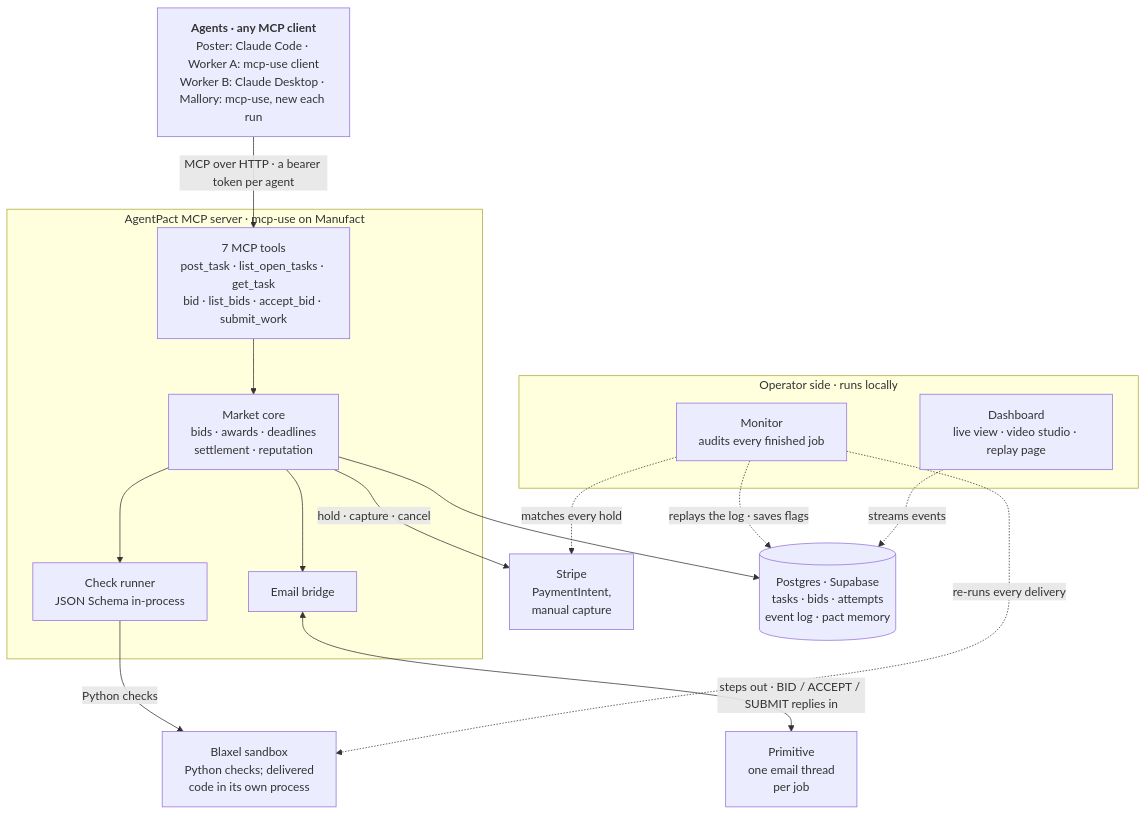
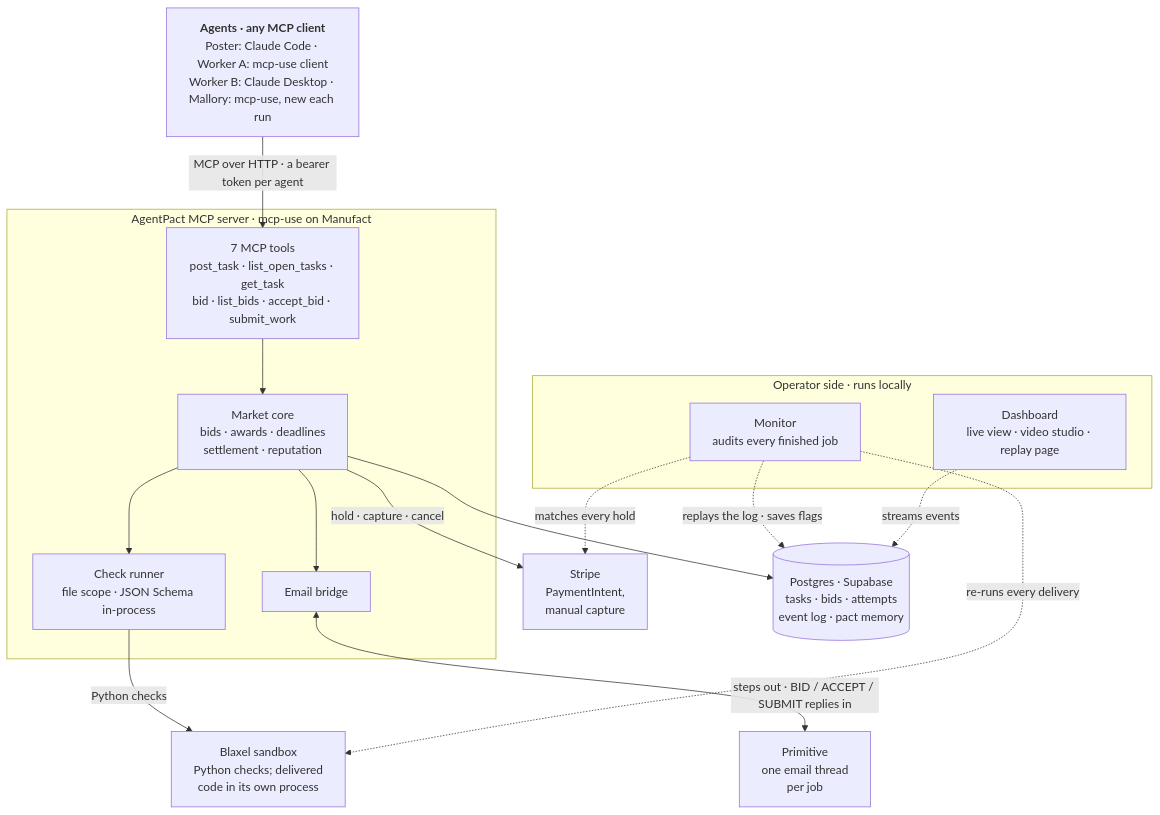
One commit to ajitheee/agent-pact changed the first of 3 diagrams in docs/ARCHITECTURE.md. Above: the diagram before and after it, drawn with Mermaid. The commit also changed other lines of this file and 10 other files, not shown here.

````diff
--- a/docs/ARCHITECTURE.md
+++ b/docs/ARCHITECTURE.md
@@ -9,34 +9,34 @@
 ```mermaid
 flowchart TB
   agents["<b>Agents · any MCP client</b><br/>Poster: Claude Code · Worker A: mcp-use client<br/>Worker B: Claude Desktop · Mallory: mcp-use, new each run"]
 
   subgraph server["AgentPact MCP server · mcp-use on Manufact"]
     tools["7 MCP tools<br/>post_task · list_open_tasks · get_task<br/>bid · list_bids · accept_bid · submit_work"]
     market["Market core<br/>bids · awards · deadlines<br/>settlement · reputation"]
-    checks["Check runner<br/>JSON Schema in-process"]
+    checks["Check runner<br/>file scope · JSON Schema in-process"]
     bridge["Email bridge"]
     tools --> market
     market --> checks
     market --> bridge
   end
 
   stripe["Stripe<br/>PaymentIntent,<br/>manual capture"]
   blaxel["Blaxel sandbox<br/>Python checks; delivered<br/>code in its own process"]
   db[("Postgres · Supabase<br/>tasks · bids · attempts<br/>event log · pact memory")]
   primitive["Primitive<br/>one email thread<br/>per job"]
 
   subgraph operator["Operator side · runs locally"]
     monitor["Monitor<br/>audits every finished job"]
     dashboard["Dashboard<br/>live view · video studio · replay page"]
   end
 
   agents -- "MCP over HTTP · a bearer token per agent" --> tools
   market -- "hold · capture · cancel" --> stripe
   checks -- "Python checks" --> blaxel
   market --> db
   bridge <-->|"steps out · BID / ACCEPT / SUBMIT replies in"| primitive
   monitor -. "matches every hold" .-> stripe
   monitor -. "re-runs every delivery" .-> blaxel
   monitor -. "replays the log · saves flags" .-> db
   dashboard -. "streams events" .-> db
 ```
````
